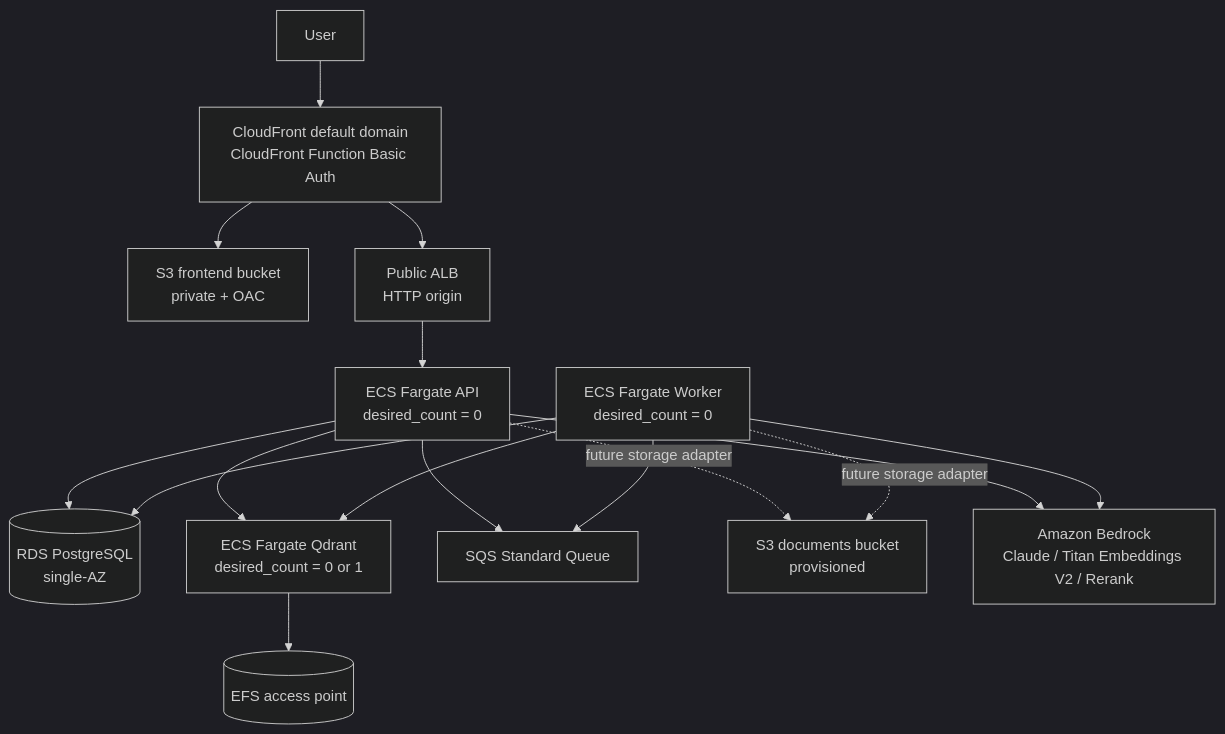
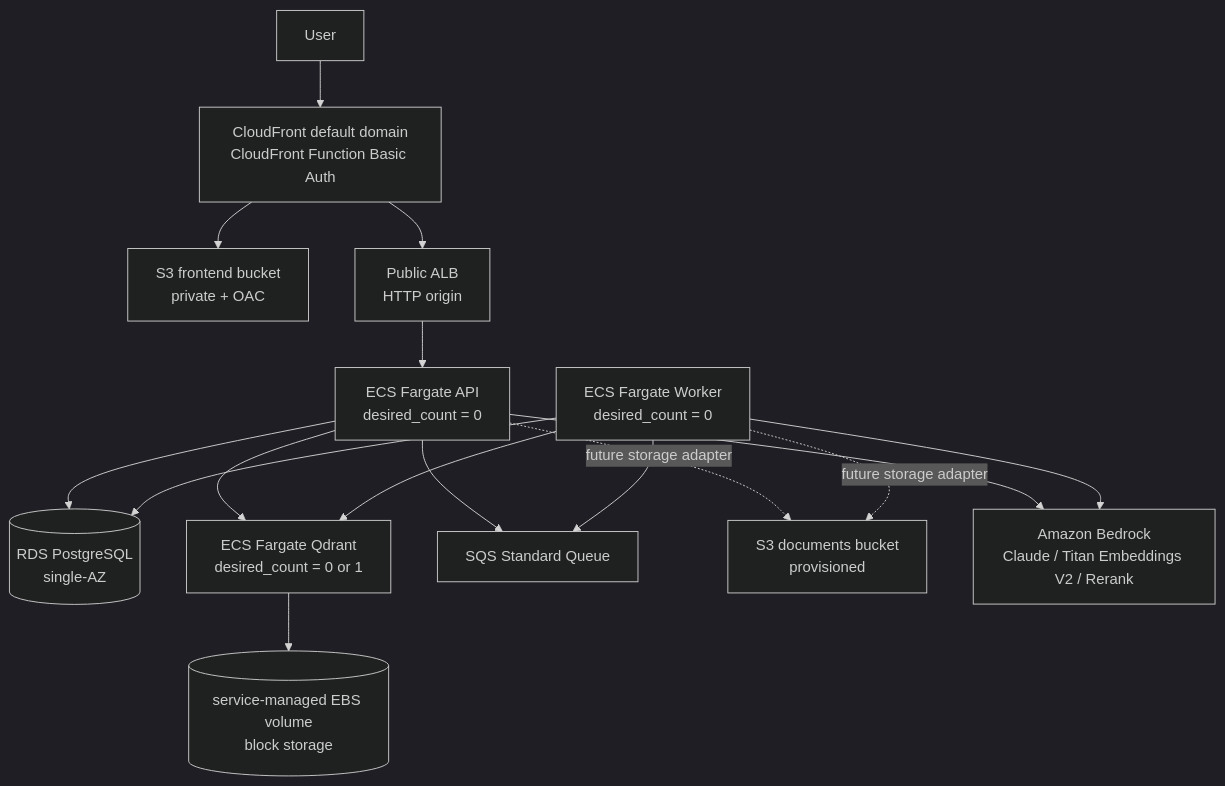
One commit to M4kuq/RAGProject changed the diagram in deploy/aws-ecs/README.md. Above: the diagram before and after it, drawn with Mermaid (dark theme). The commit also changed other lines of this file and 14 other files, not shown here.

Commit message:
fix aws ecs ci and qdrant storage

````diff
--- a/deploy/aws-ecs/README.md
+++ b/deploy/aws-ecs/README.md
@@ -7,18 +7,18 @@
 ```mermaid
 flowchart TD
   User[User] --> CF[CloudFront default domain<br/>CloudFront Function Basic Auth]
   CF --> S3Front[S3 frontend bucket<br/>private + OAC]
   CF --> ALB[Public ALB<br/>HTTP origin]
   ALB --> API[ECS Fargate API<br/>desired_count = 0]
   API --> RDS[(RDS PostgreSQL<br/>single-AZ)]
   API --> Qdrant[ECS Fargate Qdrant<br/>desired_count = 0 or 1]
   Worker[ECS Fargate Worker<br/>desired_count = 0] --> RDS
   Worker --> Qdrant
   API --> SQS[SQS Standard Queue]
   Worker --> SQS
   API -. future storage adapter .-> Docs[S3 documents bucket<br/>provisioned]
   Worker -. future storage adapter .-> Docs
-  Qdrant --> EFS[(EFS access point)]
+  Qdrant --> EBS[(service-managed EBS volume<br/>block storage)]
   API --> Bedrock[Amazon Bedrock<br/>Claude / Titan Embeddings V2 / Rerank]
   Worker --> Bedrock
 ```
````
